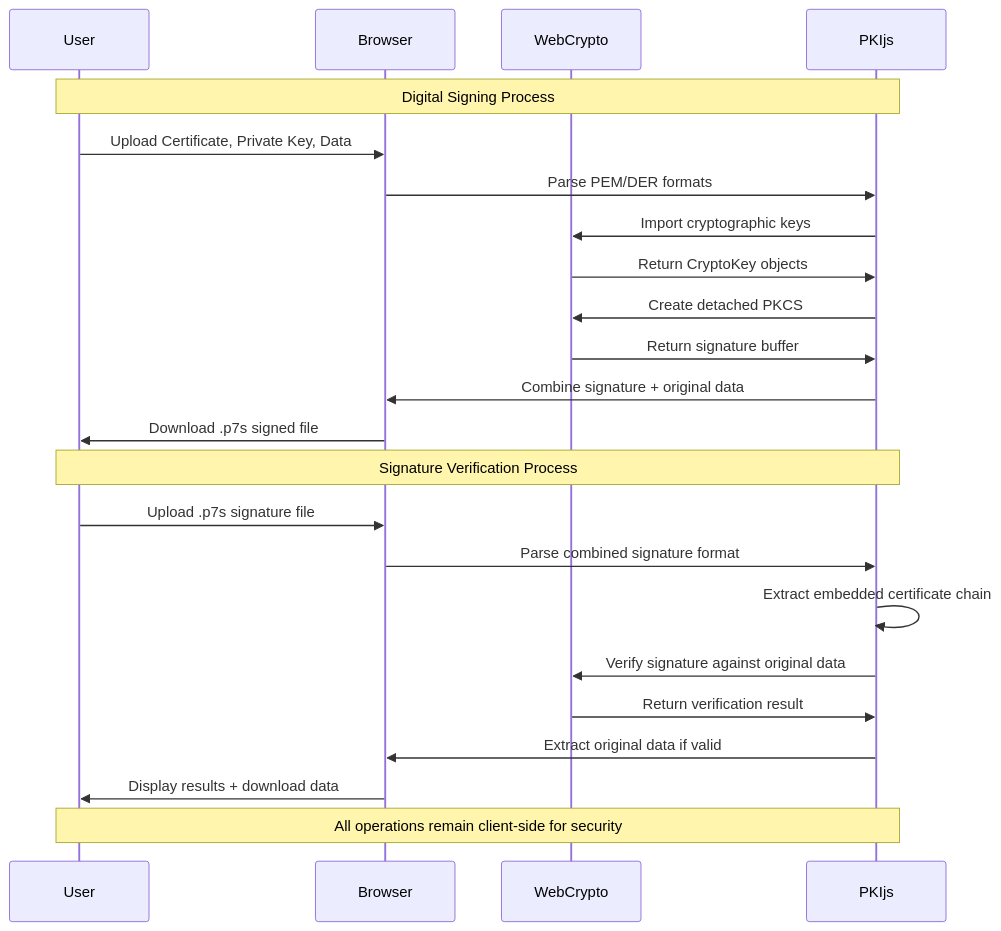
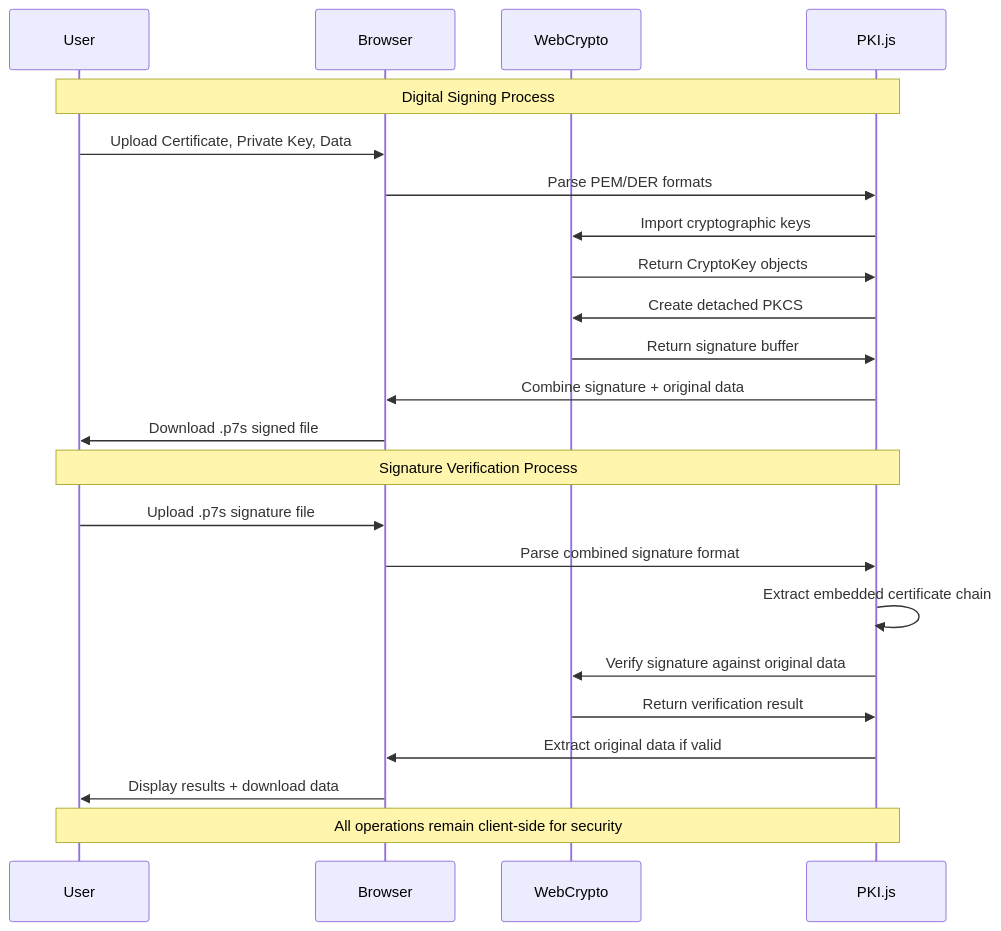
One commit to Nuttapon/pki-cms changed the first of 5 diagrams in README.md. Above: the diagram before and after it, drawn with Mermaid. The commit also changed other lines of this file, not shown here.

First line of the commit message:
docs(README.md): update mermaid diagrams for improved readability

````diff
--- a/README.md
+++ b/README.md
@@ -42,28 +42,28 @@
 ```mermaid
 sequenceDiagram
-    participant User
-    participant Browser
-    participant WebCrypto
-    participant PKIjs
+    participant U as User
+    participant B as Browser
+    participant W as WebCrypto
+    participant P as PKI.js
     
-    Note over User,PKIjs: Digital Signing Process
-    User->>Browser: Upload Certificate, Private Key, Data
-    Browser->>PKIjs: Parse PEM/DER formats
-    PKIjs->>WebCrypto: Import cryptographic keys
-    WebCrypto->>PKIjs: Return CryptoKey objects
-    PKIjs->>WebCrypto: Create detached PKCS#11 signature
-    WebCrypto->>PKIjs: Return signature buffer
-    PKIjs->>Browser: Combine signature + original data
-    Browser->>User: Download .p7s signed file
+    Note over U,P: Digital Signing Process
+    U->>B: Upload Certificate, Private Key, Data
+    B->>P: Parse PEM/DER formats
+    P->>W: Import cryptographic keys
+    W->>P: Return CryptoKey objects
+    P->>W: Create detached PKCS#11 signature
+    W->>P: Return signature buffer
+    P->>B: Combine signature + original data
+    B->>U: Download .p7s signed file
     
-    Note over User,PKIjs: Signature Verification Process
-    User->>Browser: Upload .p7s signature file
-    Browser->>PKIjs: Parse combined signature format
-    PKIjs->>PKIjs: Extract embedded certificate chain
-    PKIjs->>WebCrypto: Verify signature against original data
-    WebCrypto->>PKIjs: Return verification result
-    PKIjs->>Browser: Extract original data if valid
-    Browser->>User: Display results + download data
+    Note over U,P: Signature Verification Process
+    U->>B: Upload .p7s signature file
+    B->>P: Parse combined signature format
+    P->>P: Extract embedded certificate chain
+    P->>W: Verify signature against original data
+    W->>P: Return verification result
+    P->>B: Extract original data if valid
+    B->>U: Display results + download data
     
-    Note over User,PKIjs: All operations remain client-side for security
+    Note over U,P: All operations remain client-side for security
 ```
````
